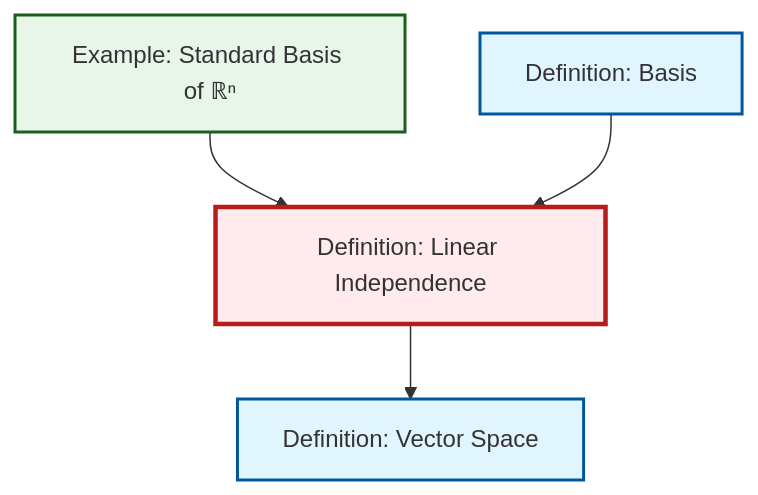
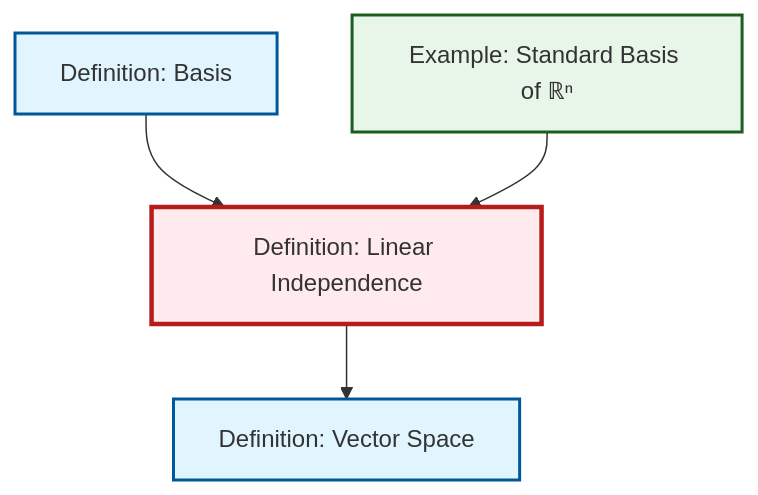
The diagram in content/en/algebra/def-linear-independence.qmd (RK0429/ModernMath), drawn with Mermaid before and after one commit. The commit also changed other lines of this file and 597 other files, not shown here.

````diff
--- a/content/en/algebra/def-linear-independence.qmd
+++ b/content/en/algebra/def-linear-independence.qmd
@@ -45,20 +45,20 @@
 ```{mermaid}
 %%| fig-cap: "Local dependency graph"
 graph TD
     classDef definition fill:#e1f5fe,stroke:#01579b,stroke-width:2px
     classDef theorem fill:#f3e5f5,stroke:#4a148c,stroke-width:2px
     classDef axiom fill:#fff3e0,stroke:#e65100,stroke-width:2px
     classDef example fill:#e8f5e9,stroke:#1b5e20,stroke-width:2px
     classDef current fill:#ffebee,stroke:#b71c1c,stroke-width:3px
+    ex-standard-basis-rn["Example: Standard Basis of ℝⁿ"]:::example
+    def-basis["Definition: Basis"]:::definition
     def-vector-space["Definition: Vector Space"]:::definition
-    def-basis["Definition: Basis"]:::definition
     def-linear-independence["Definition: Linear Independence"]:::definition
-    ex-standard-basis-rn["Example: Standard Basis of ℝⁿ"]:::example
-    ex-standard-basis-rn --> def-linear-independence
     def-basis --> def-linear-independence
     def-linear-independence --> def-vector-space
+    ex-standard-basis-rn --> def-linear-independence
     class def-linear-independence current
+    click ex-standard-basis-rn "ex-standard-basis-rn.html" "Go to Standard Basis of ℝⁿ example"
+    click def-basis "def-basis.html" "Go to Basis definition"
     click def-vector-space "def-vector-space.html" "Go to Vector Space definition"
-    click def-basis "def-basis.html" "Go to Basis definition"
-    click ex-standard-basis-rn "ex-standard-basis-rn.html" "Go to Standard Basis of ℝⁿ example"
 ```
````
